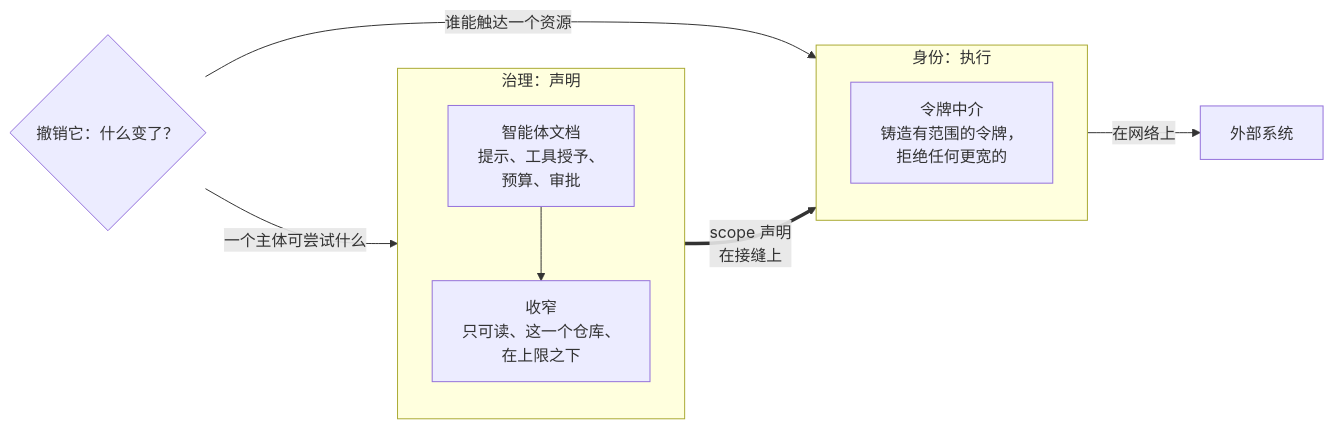
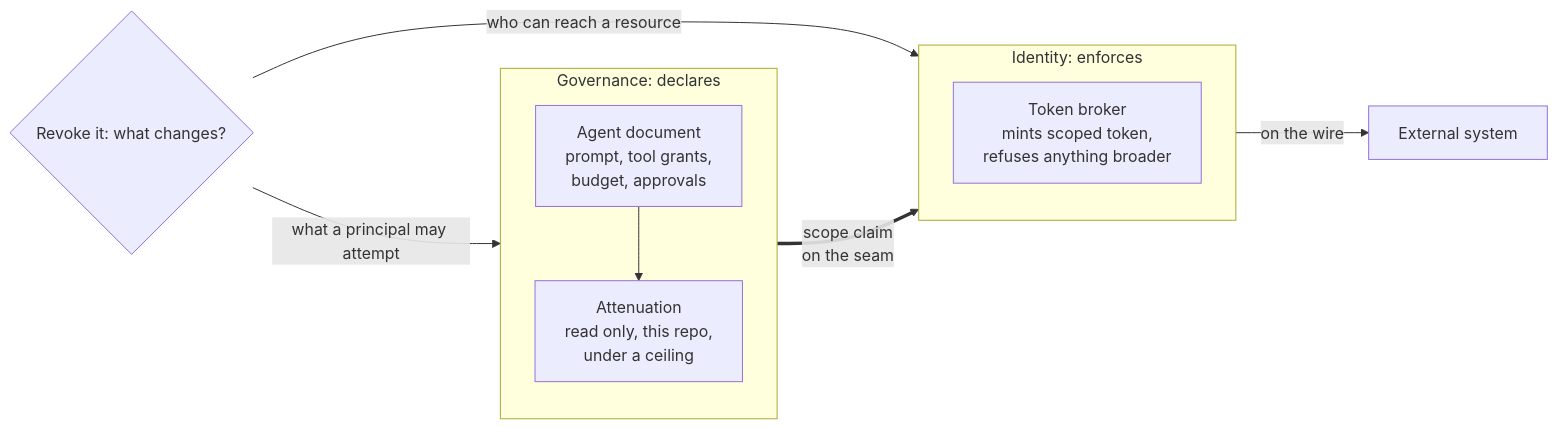
One commit to latere-ai/ai-as-an-infrastructure changed the third of 3 diagrams in zh/p8-safety/34-security-authorization.qmd. Above: the diagram before and after it, drawn with Mermaid. The commit also changed other lines of this file and 106 other files, not shown here.

````diff
--- a/zh/p8-safety/34-security-authorization.qmd
+++ b/zh/p8-safety/34-security-authorization.qmd
@@ -107,20 +71,20 @@
 ```{mermaid}
 %%| label: fig-security-declares-enforces
 %%| fig-cap: "治理声明一项收窄，身份执行它，方式是铸造一个恰好被收窄到那个范围的令牌。scope 声明坐落在接缝上。撤销检验指明某项关注由哪个底座拥有：谁能触达属于身份，可尝试什么属于治理。"
 flowchart LR
-  subgraph GOV["治理：声明"]
+  subgraph GOV["Governance: declares"]
     direction TB
-    doc["智能体文档<br/>提示、工具授予、<br/>预算、审批"]
-    att["收窄<br/>只可读、这一个仓库、<br/>在上限之下"]
+    doc["Agent document<br/>prompt, tool grants,<br/>budget, approvals"]
+    att["Attenuation<br/>read only, this repo,<br/>under a ceiling"]
     doc --> att
   end
-  subgraph ID["身份：执行"]
+  subgraph ID["Identity: enforces"]
     direction TB
-    mint["令牌中介<br/>铸造有范围的令牌，<br/>拒绝任何更宽的"]
+    mint["Token broker<br/>mints scoped token,<br/>refuses anything broader"]
   end
-  att ==>|"scope 声明<br/>在接缝上"| mint
-  mint -->|"在网络上"| ext["外部系统"]
-  rev{"撤销它：什么变了？"}
-  rev -->|"谁能触达一个资源"| ID
-  rev -->|"一个主体可尝试什么"| GOV
+  att ==>|"scope claim<br/>on the seam"| mint
+  mint -->|"on the wire"| ext["External system"]
+  rev{"Revoke it: what changes?"}
+  rev -->|"who can reach a resource"| ID
+  rev -->|"what a principal may attempt"| GOV
 ```
````
